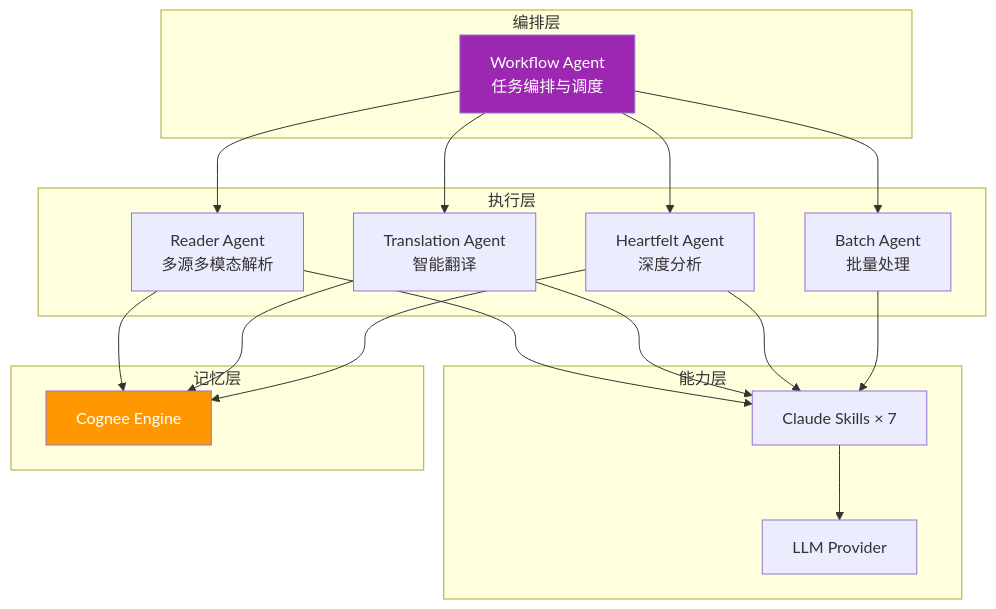
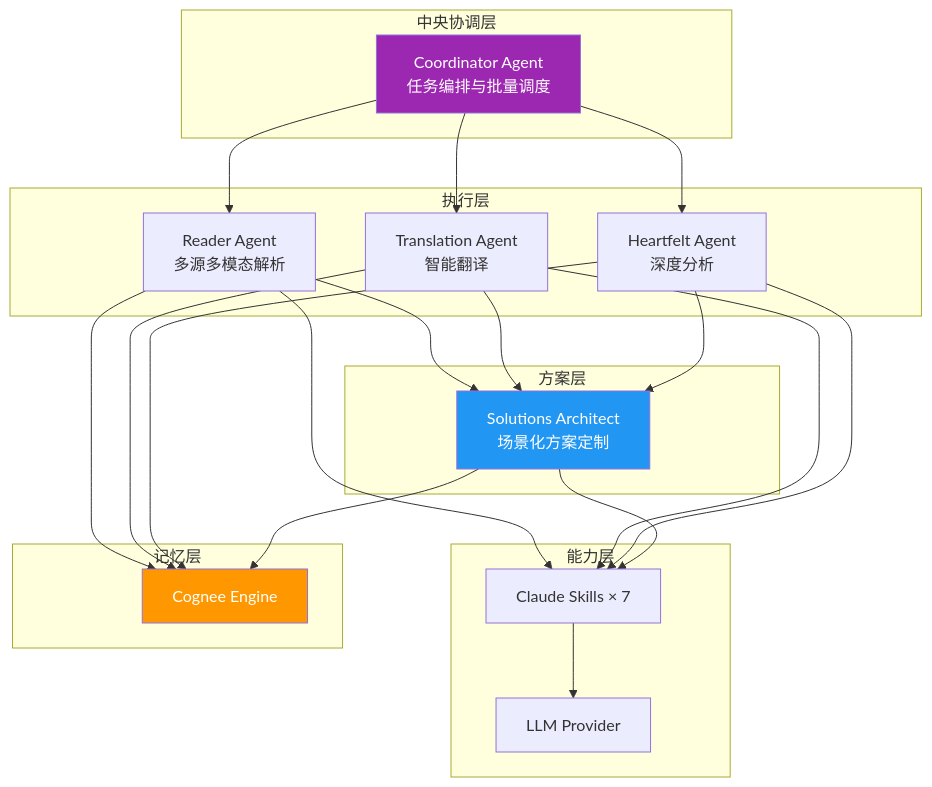
One commit to ThreeFish-AI/agentic-ai-cognizes changed the sixth of 13 diagrams in docs/000-prd.md. Above: the diagram before and after it, drawn with Mermaid. The commit also changed other lines of this file and 1 other file, not shown here.

````diff
--- a/docs/000-prd.md
+++ b/docs/000-prd.md
@@ -266,30 +266,35 @@
 ```mermaid
 flowchart TB
-    subgraph "编排层"
-        WA[Workflow Agent<br/>任务编排与调度]
+    subgraph "中央协调层"
+        CA[Coordinator Agent<br/>任务编排与批量调度]
     end
 
     subgraph "执行层"
         RA[Reader Agent<br/>多源多模态解析]
         TA[Translation Agent<br/>智能翻译]
         HA[Heartfelt Agent<br/>深度分析]
-        BA[Batch Agent<br/>批量处理]
+    end
+
+    subgraph "方案层"
+        SA[Solutions Architect<br/>场景化方案定制]
     end
 
     subgraph "能力层"
         Skills[Claude Skills × 7]
         LLM[LLM Provider]
     end
 
     subgraph "记忆层"
         Cognee[Cognee Engine]
     end
 
-    WA --> RA & TA & HA & BA
-    RA & TA & HA & BA --> Skills
+    CA --> RA & TA & HA
+    RA & TA & HA --> SA
+    RA & TA & HA & SA --> Skills
     Skills --> LLM
-    RA & TA & HA --> Cognee
+    RA & TA & HA & SA --> Cognee
 
-    style WA fill:#9c27b0,color:#fff
+    style CA fill:#9c27b0,color:#fff
+    style SA fill:#2196f3,color:#fff
     style Cognee fill:#ff9800,color:#fff
 ```
````
